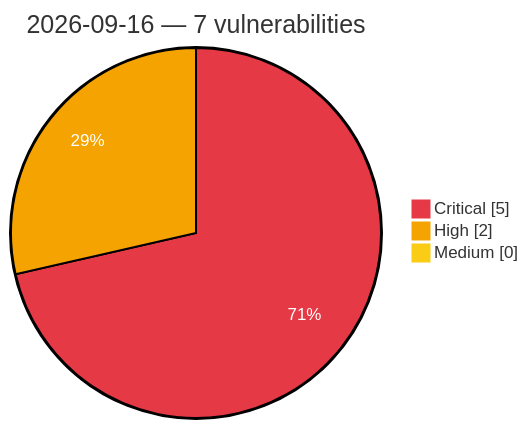
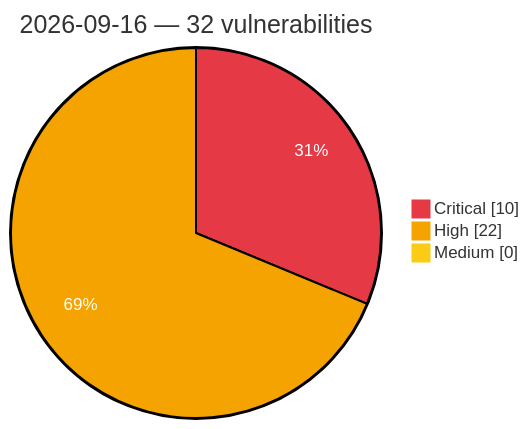
One commit to GhostX0X/vuln-tracker changed the diagram in vulnerabilities/2026/September/2026-09-16.md. Above: the diagram before and after it, drawn with Mermaid. The commit also changed other lines of this file and 5 other files, not shown here.

Commit message:
Auto update: critical/high vulns (2026-09-16 11:54 UTC)

````diff
--- a/vulnerabilities/2026/September/2026-09-16.md
+++ b/vulnerabilities/2026/September/2026-09-16.md
@@ -3,8 +3,8 @@
 ```mermaid
 %%{init: {'theme':'base', 'themeVariables': {'pie1':'#e63946', 'pie2':'#f4a300', 'pie3':'#facc15', 'pieOpacity':'1', 'pieOuterStrokeWidth':'2px', 'pieSectionTextColor':'#ffffff'}}}%%
 pie showData
-    title 2026-09-16 — 7 vulnerabilities
-    "Critical" : 5
-    "High" : 2
+    title 2026-09-16 — 32 vulnerabilities
+    "Critical" : 10
+    "High" : 22
     "Medium" : 0
 ```
````
